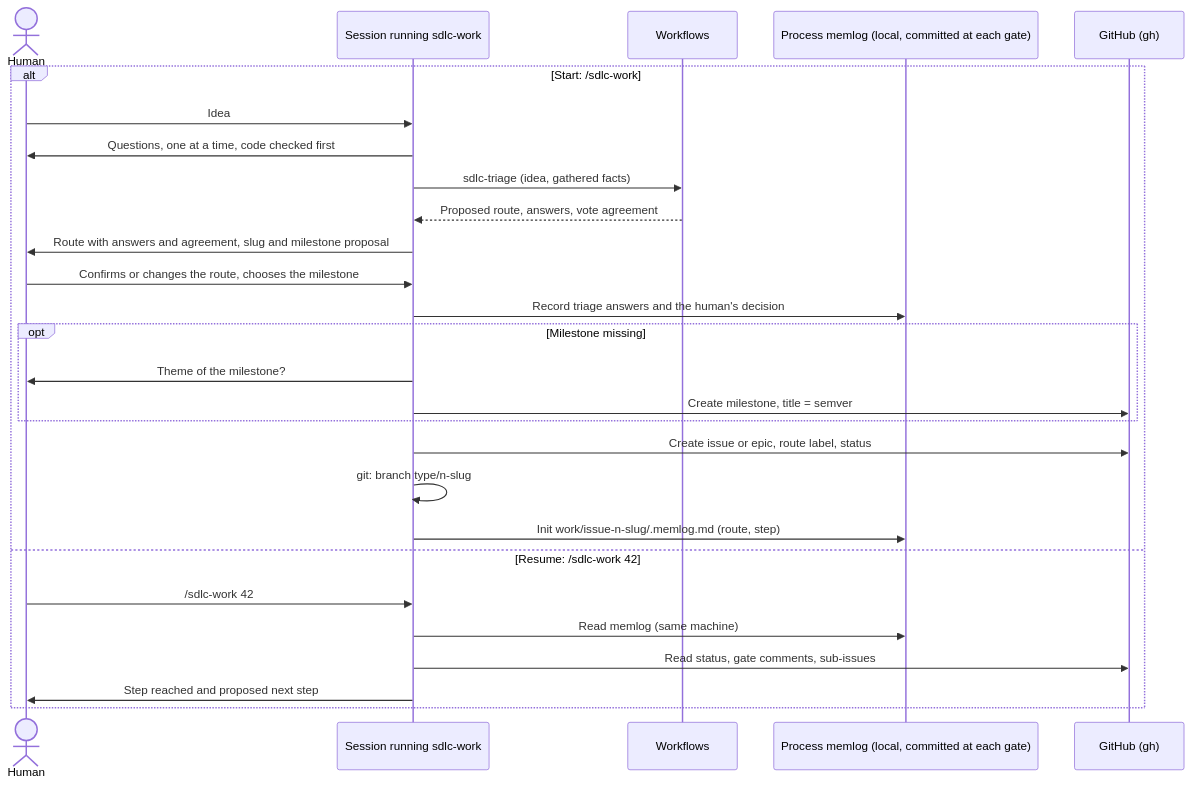
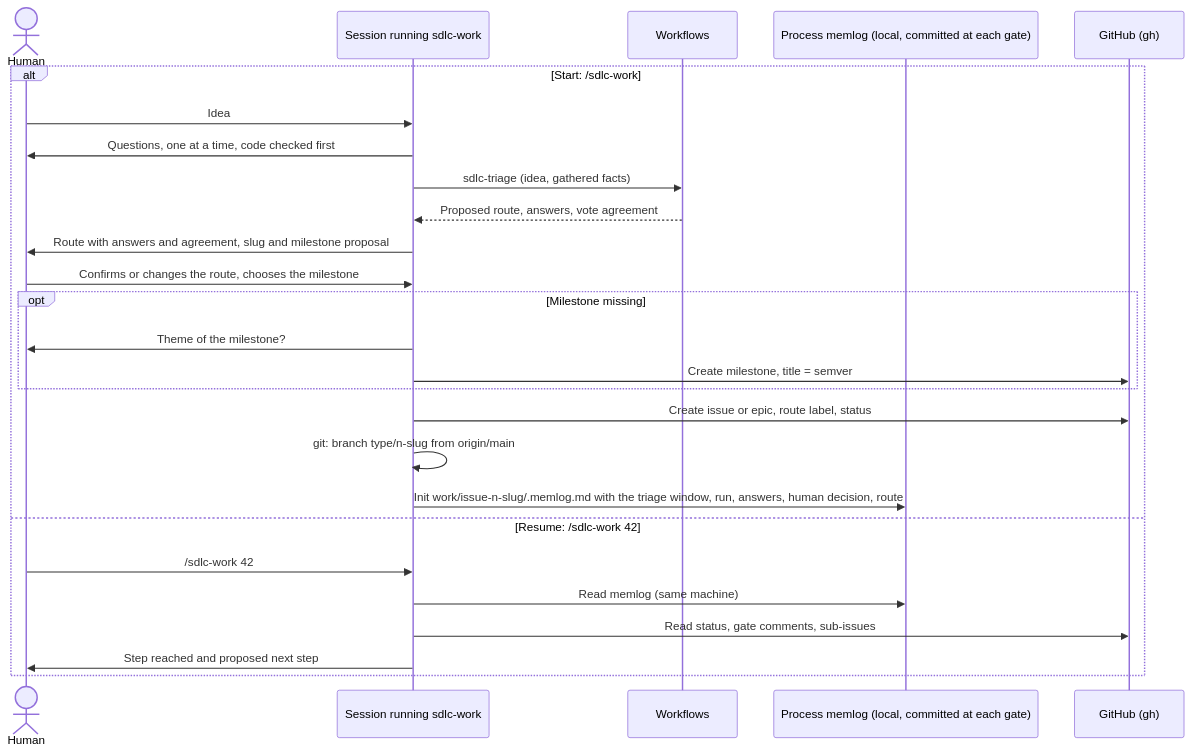
One commit to mathieubodin/scaleway-manager changed the first of 6 diagrams in docs/development-process.md. Above: the diagram before and after it, drawn with Mermaid. The commit also changed 11 other files, not shown here.

First line of the commit message:
fix(process): keep issue text out of shell lines and close steps per work

````diff
--- a/docs/development-process.md
+++ b/docs/development-process.md
@@ -114,30 +114,29 @@
 ```mermaid
 sequenceDiagram
     actor H as Human
     participant W as Session running sdlc-work
     participant F as Workflows
     participant M as Process memlog (local, committed at each gate)
     participant G as GitHub (gh)
 
     alt Start: /sdlc-work
         H->>W: Idea
         W->>H: Questions, one at a time, code checked first
         W->>F: sdlc-triage (idea, gathered facts)
         F-->>W: Proposed route, answers, vote agreement
         W->>H: Route with answers and agreement, slug and milestone proposal
         H->>W: Confirms or changes the route, chooses the milestone
-        W->>M: Record triage answers and the human's decision
         opt Milestone missing
             W->>H: Theme of the milestone?
             W->>G: Create milestone, title = semver
         end
         W->>G: Create issue or epic, route label, status
-        W->>W: git: branch type/n-slug
-        W->>M: Init work/issue-n-slug/.memlog.md (route, step)
+        W->>W: git: branch type/n-slug from origin/main
+        W->>M: Init work/issue-n-slug/.memlog.md with the triage window, run, answers, human decision, route
     else Resume: /sdlc-work 42
         H->>W: /sdlc-work 42
         W->>M: Read memlog (same machine)
         W->>G: Read status, gate comments, sub-issues
         W->>H: Step reached and proposed next step
     end
 ```
````
